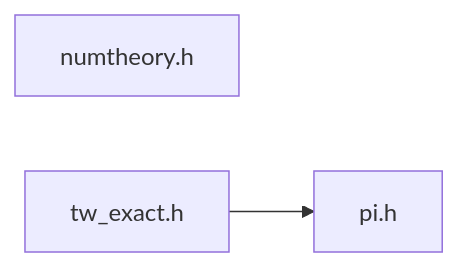
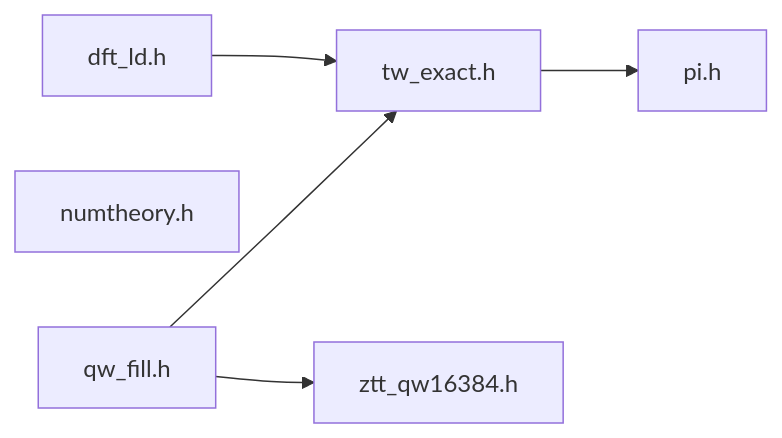
The diagram in docs/architecture/generated/folders/common__math.md (Tugbars/VectorFFT), drawn with Mermaid before and after one commit. The commit also changed other lines of this file and 98 other files, not shown here.

Commit message:
regenerated architecture drawings

````diff
--- a/docs/architecture/generated/folders/common__math.md
+++ b/docs/architecture/generated/folders/common__math.md
@@ -12,7 +15,13 @@
 ```mermaid
 flowchart LR
+    n_common_math_dft_ld_h["dft_ld.h"]
     n_common_math_numtheory_h["numtheory.h"]
     n_common_math_pi_h["pi.h"]
+    n_common_math_qw_fill_h["qw_fill.h"]
     n_common_math_tw_exact_h["tw_exact.h"]
+    n_common_math_ztt_qw16384_h["ztt_qw16384.h"]
+    n_common_math_dft_ld_h --> n_common_math_tw_exact_h
+    n_common_math_qw_fill_h --> n_common_math_tw_exact_h
+    n_common_math_qw_fill_h --> n_common_math_ztt_qw16384_h
     n_common_math_tw_exact_h --> n_common_math_pi_h
 ```
````
